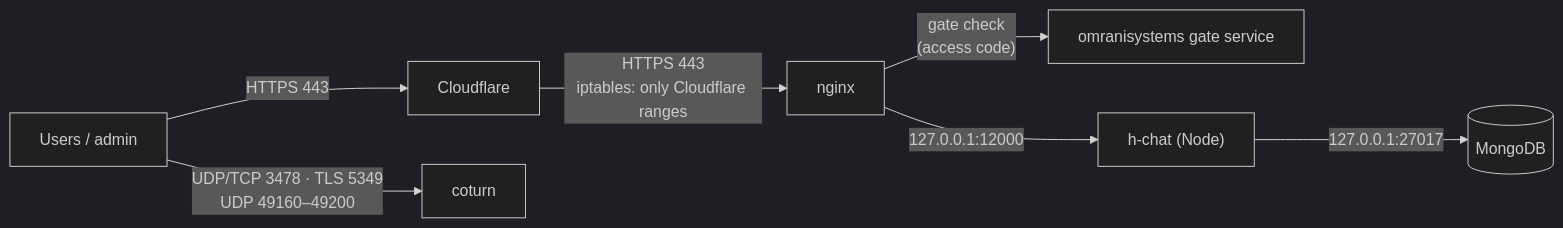
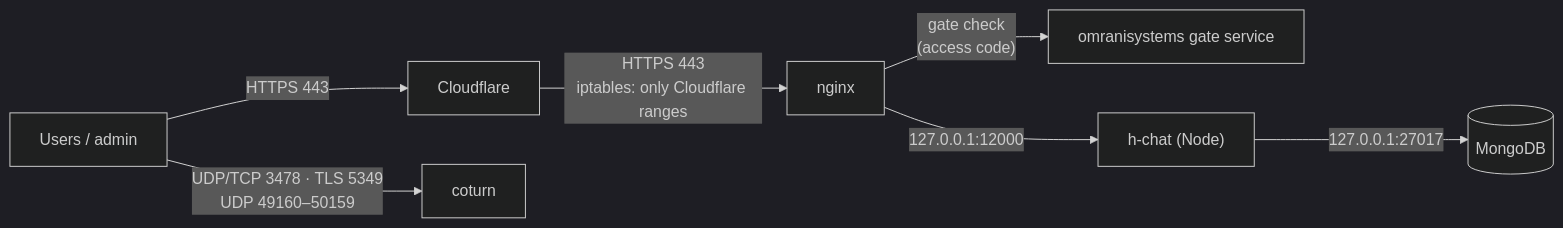
The diagram in documentation/src/06-hosting-and-operations.md (HamzaOMRANII/chat_backend), drawn with Mermaid (dark theme) before and after one commit. The commit also changed other lines of this file and 17 other files, not shown here.

````diff
--- a/documentation/src/06-hosting-and-operations.md
+++ b/documentation/src/06-hosting-and-operations.md
@@ -20,9 +20,9 @@
 ```mermaid
 flowchart LR
   U["Users / admin"] -->|"HTTPS 443"| CF["Cloudflare"]
   CF -->|"HTTPS 443<br/>iptables: only Cloudflare ranges"| NG["nginx"]
   NG -->|"gate check<br/>(access code)"| GATE["omranisystems gate service"]
   NG -->|"127.0.0.1:12000"| APP["h-chat (Node)"]
   APP -->|"127.0.0.1:27017"| DB[("MongoDB")]
-  U -->|"UDP/TCP 3478 · TLS 5349<br/>UDP 49160–49200"| TURN["coturn"]
+  U -->|"UDP/TCP 3478 · TLS 5349<br/>UDP 49160–50159"| TURN["coturn"]
 ```
````
